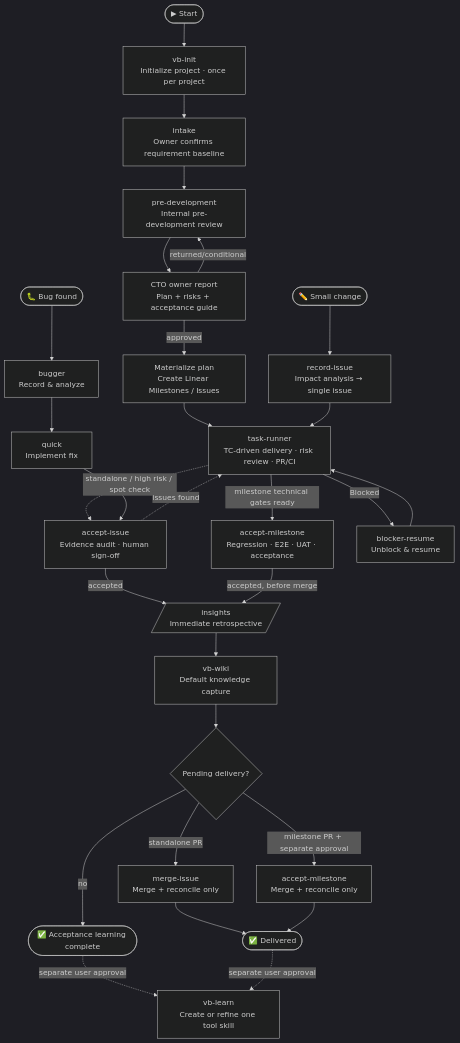
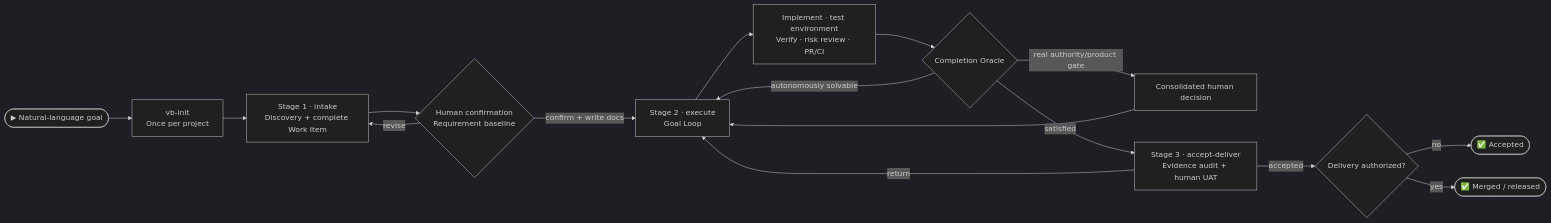
The diagram in README.md (JsonLee12138/vibeRig), drawn with Mermaid (dark theme) before and after one commit. The commit also changed other lines of this file and 69 other files, not shown here.

Commit message:
feat: unify goal-driven workflow and skill execution

````diff
--- a/README.md
+++ b/README.md
@@ -7,31 +7,18 @@
 ```mermaid
-flowchart TD
-    S([▶ Start]) --> Init["vb-init\nInitialize project · once per project"]
-    Init --> Intake["intake\nOwner confirms requirement baseline"]
-    Intake --> PreDev["pre-development\nInternal pre-development review"]
-    PreDev --> OwnerReview["CTO owner report\nPlan + risks + acceptance guide"]
-    OwnerReview -->|approved| Materialize["Materialize plan\nCreate Linear Milestones / Issues"]
-    OwnerReview -->|returned/conditional| PreDev
-    Materialize --> TaskRunner["task-runner\nTC-driven delivery · risk review · PR/CI"]
-    TaskRunner -.->|"standalone / high risk / spot check"| AcceptIssue["accept-issue\nEvidence audit · human sign-off"]
-    AcceptIssue -.->|"issues found"| TaskRunner
-    AcceptIssue -->|"accepted"| Insights[/"insights\nImmediate retrospective"/]
-    TaskRunner -->|"milestone technical gates ready"| AcceptMs["accept-milestone\nRegression · E2E · UAT · acceptance"]
-    AcceptMs -->|"accepted, before merge"| Insights
-    Insights --> Wiki["vb-wiki\nDefault knowledge capture"]
-    Wiki --> Delivery{"Pending delivery?"}
-    Delivery -->|"no"| Learned([✅ Acceptance learning complete])
-    Delivery -->|"standalone PR"| MergeIssue["merge-issue\nMerge + reconcile only"]
-    Delivery -->|"milestone PR + separate approval"| MilestoneMerge["accept-milestone\nMerge + reconcile only"]
-    MergeIssue --> Delivered([✅ Delivered])
-    MilestoneMerge --> Delivered
-    Learned -."separate user approval".-> Learn["vb-learn\nCreate or refine one tool skill"]
-    Delivered -."separate user approval".-> Learn
-    TaskRunner -->|"Blocked"| Blocker["blocker-resume\nUnblock & resume"]
-    Blocker --> TaskRunner
-
-    SmallEntry(["✏️ Small change"]) --> RecordIssue["record-issue\nImpact analysis → single issue"]
-    RecordIssue --> TaskRunner
-    BugEntry(["🐛 Bug found"]) --> Bugger["bugger\nRecord & analyze"]
-    Bugger --> Quick["quick\nImplement fix"] --> AcceptIssue
+flowchart LR
+    S([▶ Natural-language goal]) --> Init["vb-init\nOnce per project"]
+    Init --> Intake["Stage 1 · intake\nDiscovery + complete Work Item"]
+    Intake --> Gate1{"Human confirmation\nRequirement baseline"}
+    Gate1 -->|"revise"| Intake
+    Gate1 -->|"confirm + write docs"| Execute["Stage 2 · execute\nGoal Loop"]
+    Execute --> Work["Implement · test environment\nVerify · risk review · PR/CI"]
+    Work --> Oracle{"Completion Oracle"}
+    Oracle -->|"autonomously solvable"| Execute
+    Oracle -->|"real authority/product gate"| Decision["Consolidated human decision"]
+    Decision --> Execute
+    Oracle -->|"satisfied"| Accept["Stage 3 · accept-deliver\nEvidence audit + human UAT"]
+    Accept -->|"return"| Execute
+    Accept -->|"accepted"| Delivery{"Delivery authorized?"}
+    Delivery -->|"no"| Accepted([✅ Accepted])
+    Delivery -->|"yes"| Delivered([✅ Merged / released])
 ```
````
